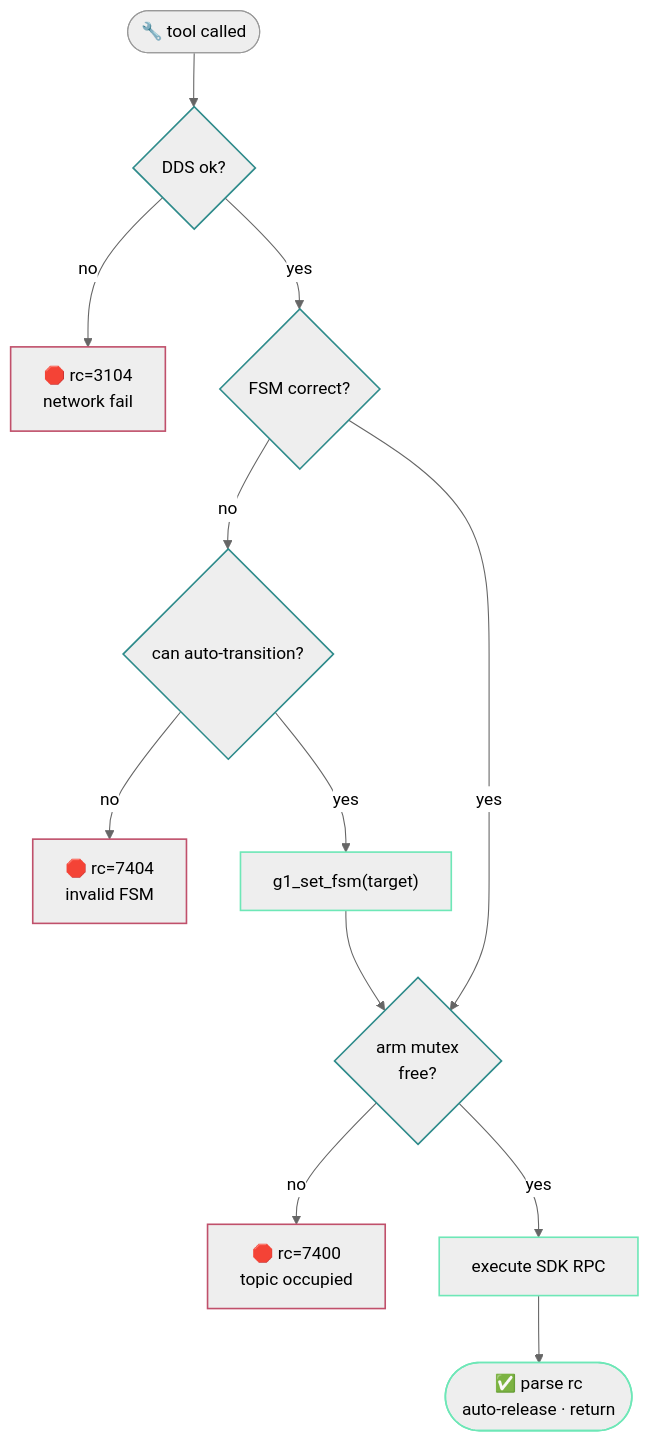
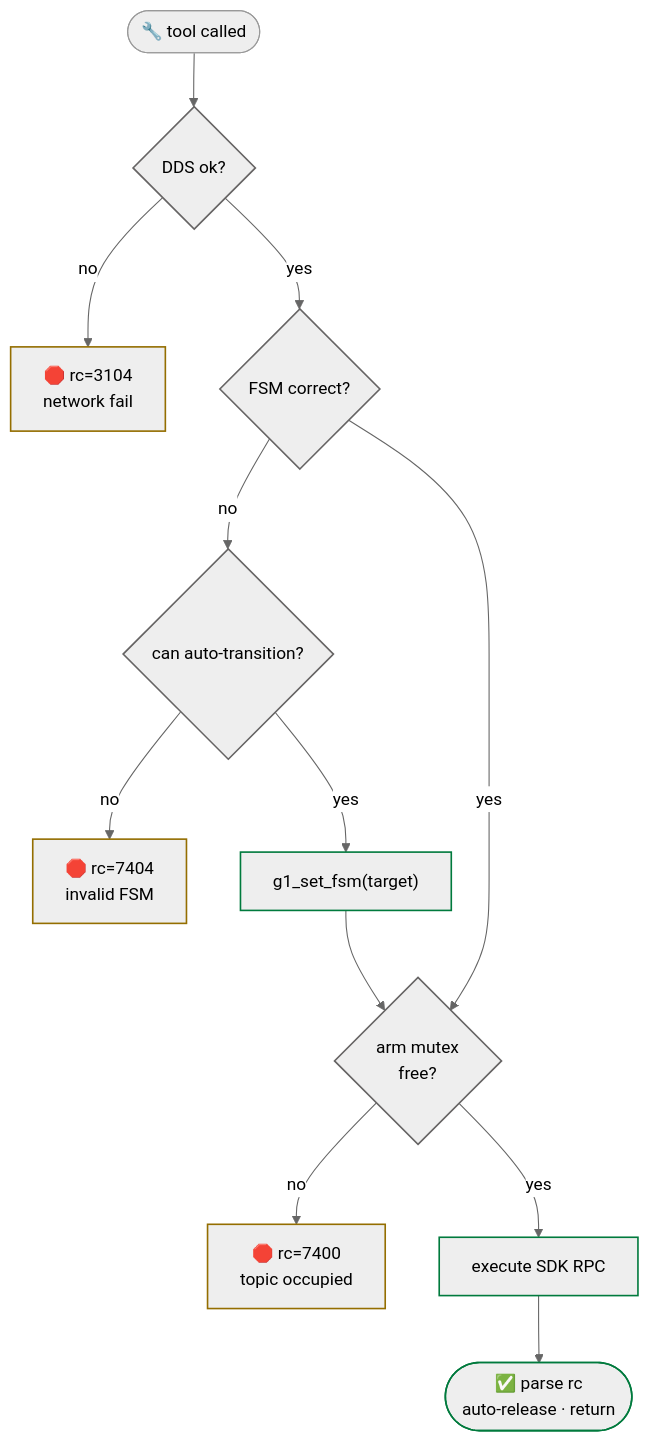
Before and after one commit to cagataycali/neon-the-g1: the second of 2 diagrams in docs/reference/fsm.md, drawn with Mermaid (neutral theme). The commit also changed other lines of this file and 10 other files, not shown here.

Commit message:
mermaid: Material renders the fences itself; --md-mermaid-* tokens put diagrams in ink on the page surface, classDef strokes in the palette (green / grey / amber), neon's own mermaid@10 renderer and both init scripts removed

````diff
--- a/docs/reference/fsm.md
+++ b/docs/reference/fsm.md
@@ -73,24 +73,24 @@
 ```mermaid
 flowchart TD
   A(["🔧 tool called"]) --> B{"DDS ok?"}
   B -->|"no"| E1["🛑 rc=3104<br/>network fail"]
   B -->|"yes"| C{"FSM correct?"}
 
   C -->|"no"| D{"can auto-transition?"}
   D -->|"no"| E2["🛑 rc=7404<br/>invalid FSM"]
   D -->|"yes"| T["g1_set_fsm(target)"]
   T --> F
 
   C -->|"yes"| F{"arm mutex<br/>free?"}
   F -->|"no"| E3["🛑 rc=7400<br/>topic occupied"]
   F -->|"yes"| G["execute SDK RPC"]
 
   G --> H(["✅ parse rc<br/>auto-release · return"])
 
-  classDef check stroke:#2e8b8b,stroke-width:1.5px
-  classDef err stroke:#c0506b,stroke-width:1.5px
-  classDef ok stroke:#6ee7b7,stroke-width:1.5px
+  classDef check stroke:#666464,stroke-width:1.5px
+  classDef err stroke:#946e00,stroke-width:1.5px
+  classDef ok stroke:#007a3d,stroke-width:1.5px
   class B,C,D,F check
   class E1,E2,E3 err
   class G,H,T ok
 ```
````
